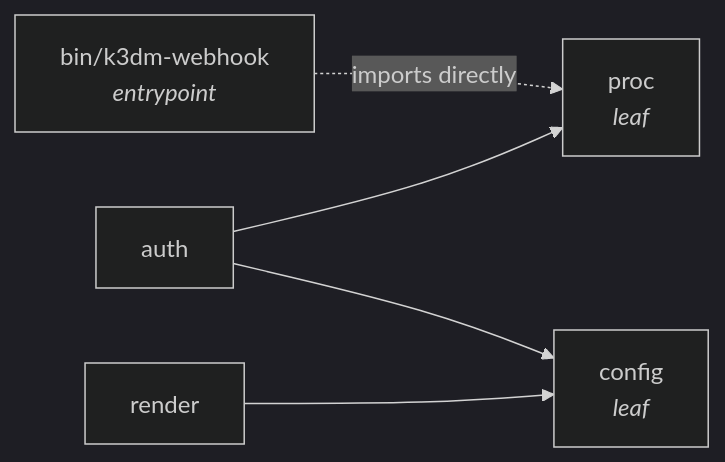
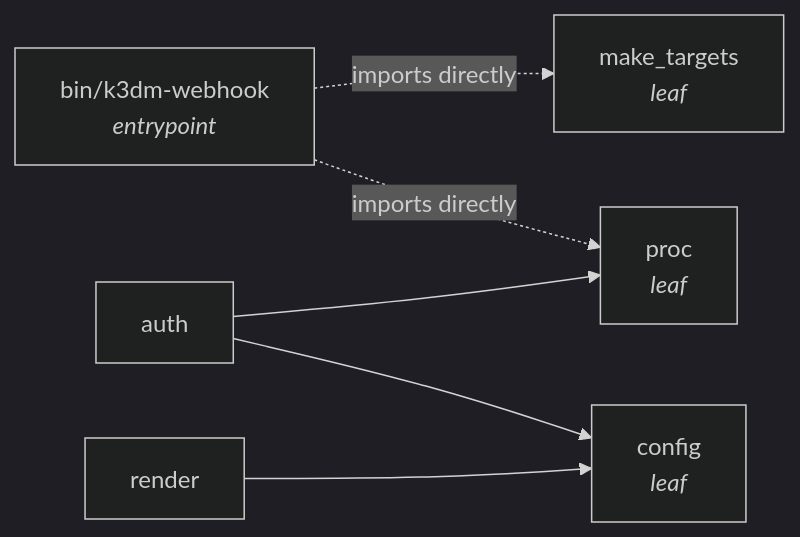
The first of 2 diagrams in docs/architecture/webhook-server.md (wilddog64/k3d-manager), drawn with Mermaid (dark theme) before and after one commit. The commit also changed other lines of this file and 2 other files, not shown here.

First line of the commit message:
docs(architecture): realign webhook + relay docs with the current server

````diff
--- a/docs/architecture/webhook-server.md
+++ b/docs/architecture/webhook-server.md
@@ -58,13 +65,15 @@
 ```mermaid
 flowchart LR
     ENTRY["bin/k3dm-webhook<br/><i>entrypoint</i>"]
     RENDER["render"]
     AUTH["auth"]
     CONFIG["config<br/><i>leaf</i>"]
     PROC["proc<br/><i>leaf</i>"]
+    MAKE["make_targets<br/><i>leaf</i>"]
 
     RENDER --> CONFIG
     AUTH --> CONFIG
     AUTH --> PROC
     ENTRY -.->|"imports directly"| PROC
+    ENTRY -.->|"imports directly"| MAKE
 ```
````
